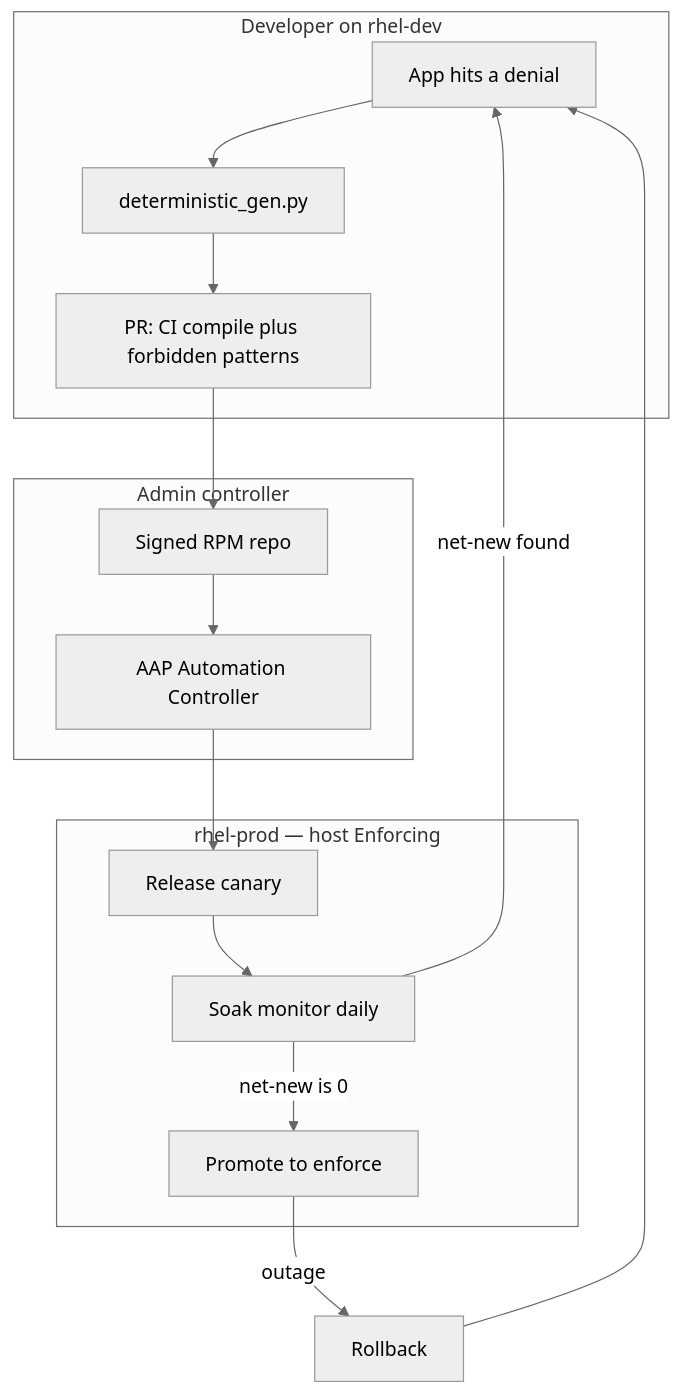
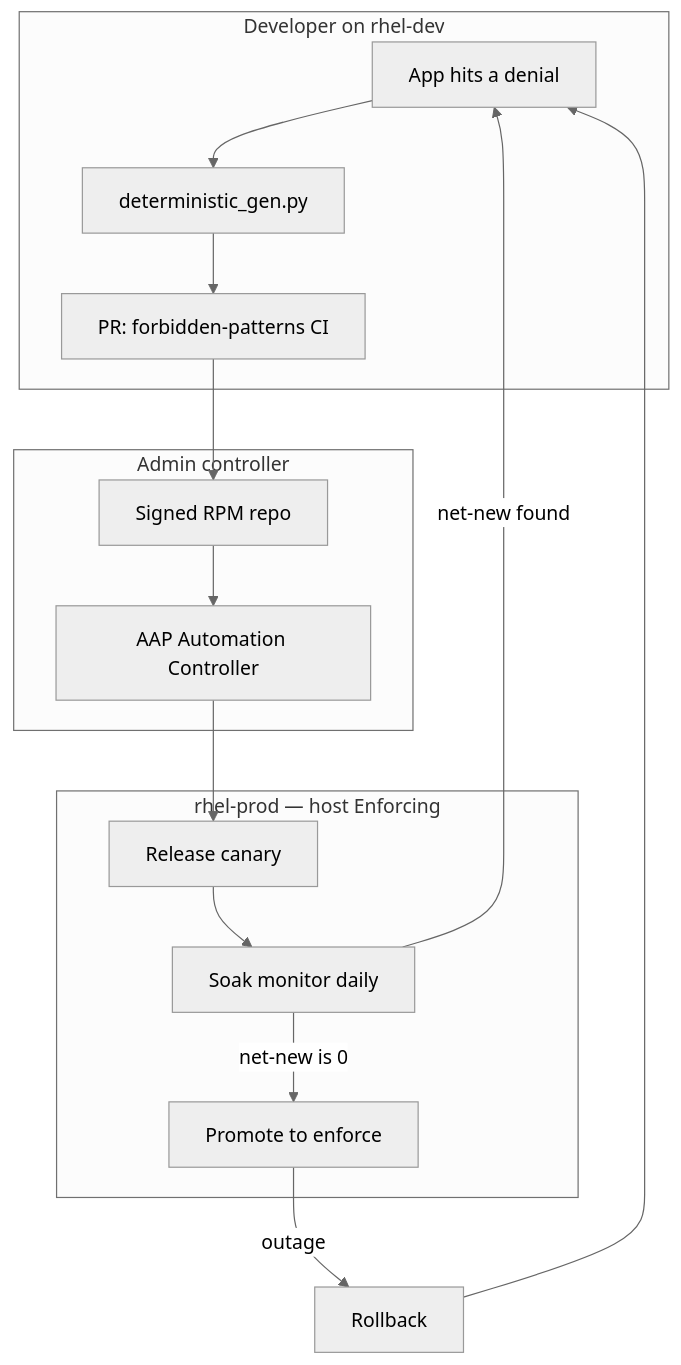
The diagram in README.md (anurag-saran/selinux-demo), drawn with Mermaid (neutral theme) before and after one commit. The commit also changed other lines of this file and 33 other files, not shown here.

````diff
--- a/README.md
+++ b/README.md
@@ -57,27 +57,27 @@
 ```mermaid
 flowchart TD
   subgraph developer [Developer on rhel-dev]
     avc[App hits a denial]
     gen[deterministic_gen.py]
-    pr[PR: CI compile plus forbidden patterns]
+    pr[PR: forbidden-patterns CI]
     avc --> gen --> pr
   end
 
   subgraph platform [Admin controller]
     rpm[Signed RPM repo]
     aap[AAP Automation Controller]
     pr --> rpm --> aap
   end
 
   subgraph production [rhel-prod — host Enforcing]
     canary[Release canary]
     soak[Soak monitor daily]
     promote[Promote to enforce]
     aap --> canary --> soak
     soak -->|net-new is 0| promote
     soak -->|net-new found| avc
   end
 
   promote -->|outage| rollback[Rollback]
   rollback --> avc
 ```
````
